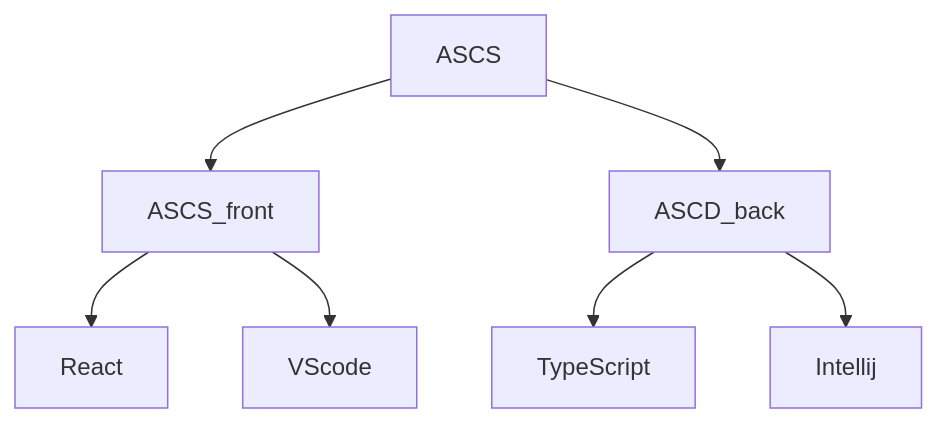
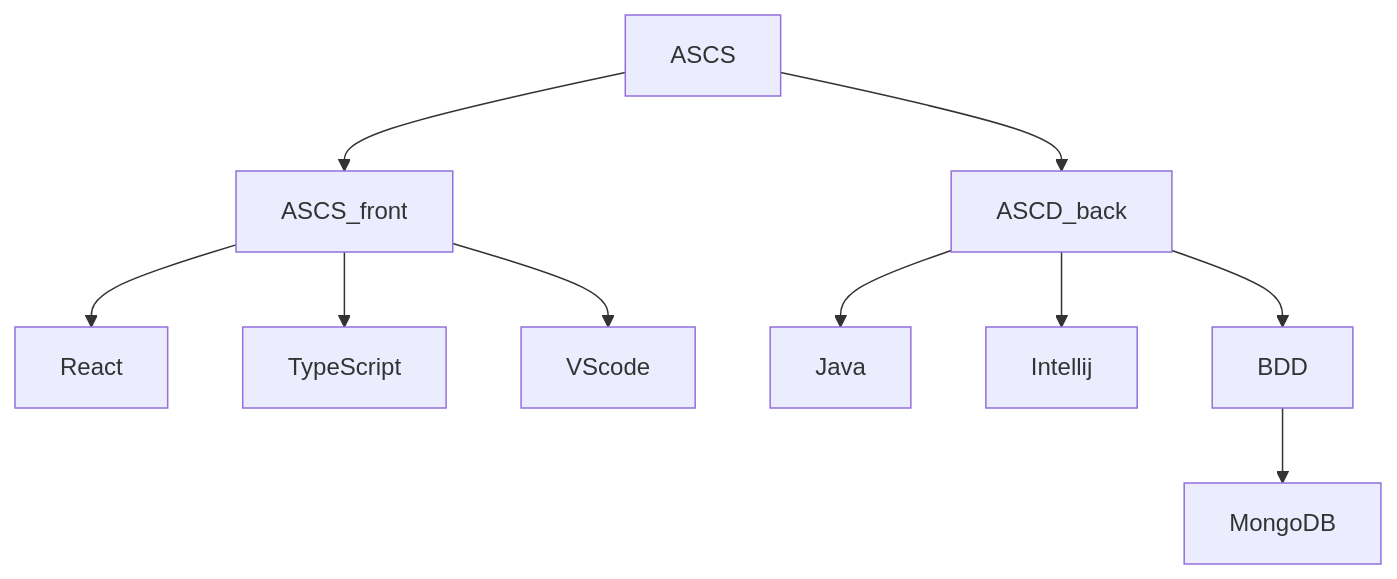
Before and after one commit to Matias1512/devops_tp_ynov: the diagram in exercice1.md, drawn with Mermaid. The commit also changed other lines of this file, not shown here.

Commit message:
add other answer

````diff
--- a/exercice1.md
+++ b/exercice1.md
@@ -6,9 +6,12 @@
 ```mermaid
 graph TD;
     ASCS-->ASCS_front
     ASCS-->ASCD_back
     ASCS_front-->React
+    ASCS_front-->TypeScript
     ASCS_front-->VScode
-    ASCD_back-->TypeScript
+    ASCD_back-->Java
     ASCD_back-->Intellij
+    ASCD_back-->BDD
+    BDD-->MongoDB
 ```
````
